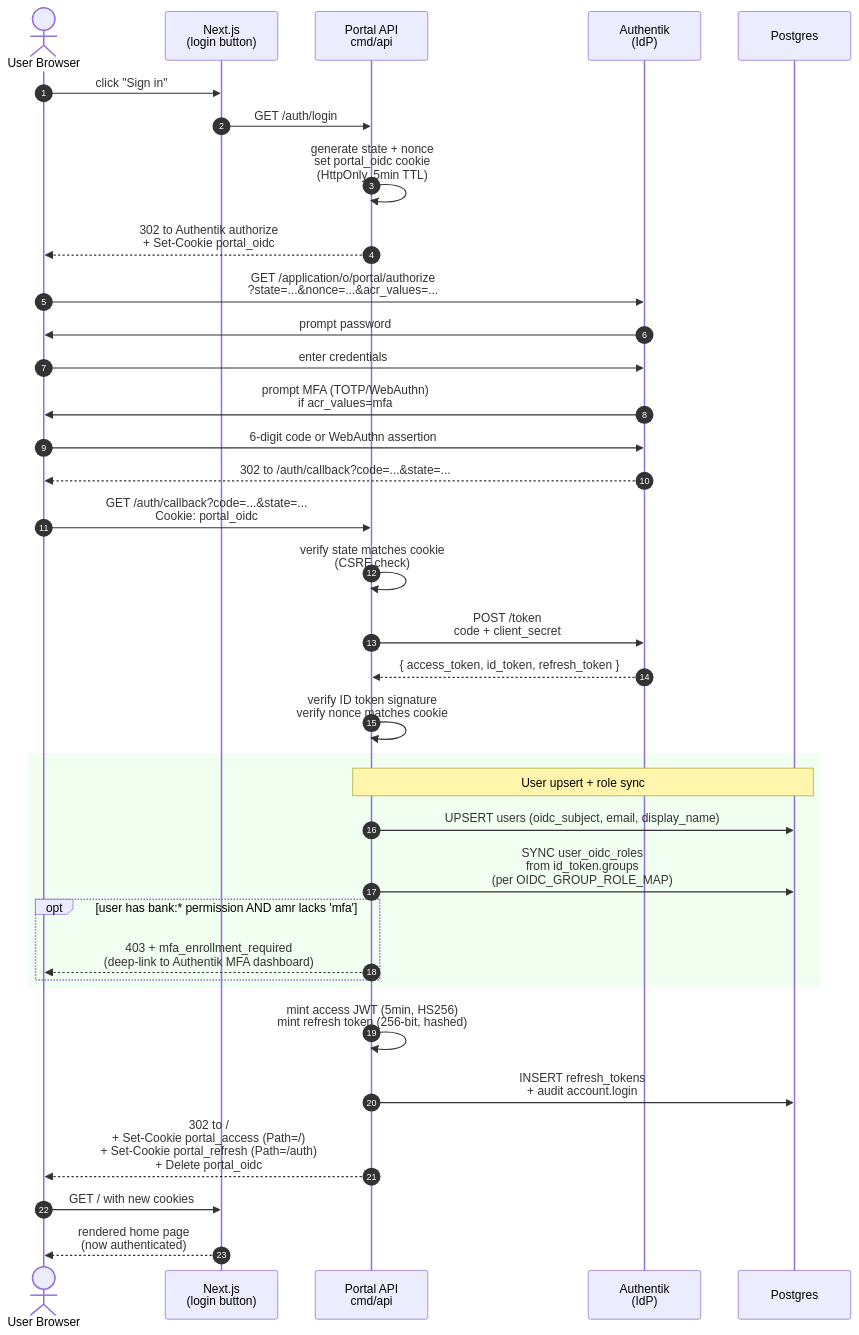
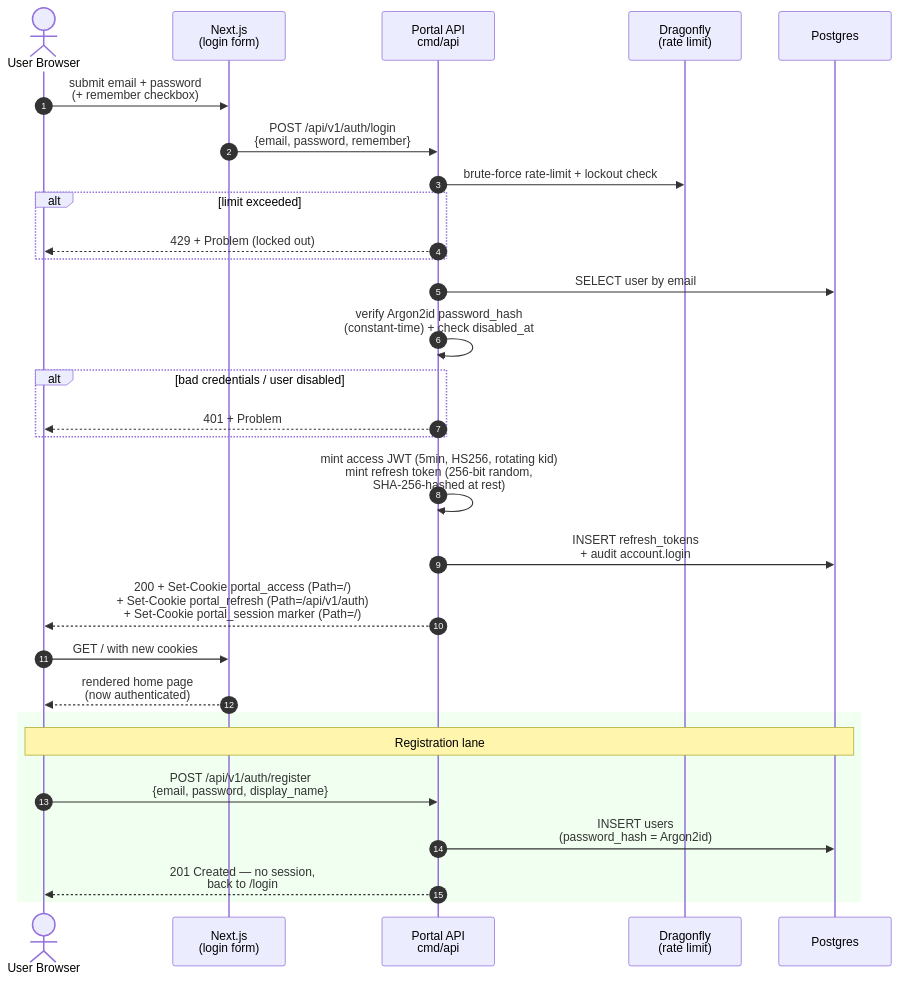
One commit to jackone2991/portal changed the fifth of 7 diagrams in doc/en/diagrams.md. Above: the diagram before and after it, drawn with Mermaid. The commit also changed other lines of this file and 50 other files, not shown here.

````diff
--- a/doc/en/diagrams.md
+++ b/doc/en/diagrams.md
@@ -366,43 +373,37 @@
 ```mermaid
 sequenceDiagram
     autonumber
     actor U as User Browser
-    participant N as Next.js<br/>(login button)
+    participant N as Next.js<br/>(login form)
     participant A as Portal API<br/>cmd/api
-    participant Ak as Authentik<br/>(IdP)
+    participant Rd as Dragonfly<br/>(rate limit)
     participant PG as Postgres
 
-    U->>N: click "Sign in"
-    N->>A: GET /auth/login
-    A->>A: generate state + nonce<br/>set portal_oidc cookie<br/>(HttpOnly, 5min TTL)
-    A-->>U: 302 to Authentik authorize<br/>+ Set-Cookie portal_oidc
+    U->>N: submit email + password<br/>(+ remember checkbox)
+    N->>A: POST /api/v1/auth/login<br/>{email, password, remember}
 
-    U->>Ak: GET /application/o/portal/authorize<br/>?state=...&nonce=...&acr_values=...
-    Ak->>U: prompt password
-    U->>Ak: enter credentials
-    Ak->>U: prompt MFA (TOTP/WebAuthn)<br/>if acr_values=mfa
-    U->>Ak: 6-digit code or WebAuthn assertion
-    Ak-->>U: 302 to /auth/callback?code=...&state=...
-
-    U->>A: GET /auth/callback?code=...&state=...<br/>Cookie: portal_oidc
-    A->>A: verify state matches cookie<br/>(CSRF check)
-    A->>Ak: POST /token<br/>code + client_secret
-    Ak-->>A: { access_token, id_token, refresh_token }
-    A->>A: verify ID token signature<br/>verify nonce matches cookie
-
-    rect rgb(240, 255, 240)
-        Note over A,PG: User upsert + role sync
-        A->>PG: UPSERT users (oidc_subject, email, display_name)
-        A->>PG: SYNC user_oidc_roles<br/>from id_token.groups<br/>(per OIDC_GROUP_ROLE_MAP)
-        opt user has bank:* permission AND amr lacks 'mfa'
-            A-->>U: 403 + mfa_enrollment_required<br/>(deep-link to Authentik MFA dashboard)
-        end
+    A->>Rd: brute-force rate-limit + lockout check
+    alt limit exceeded
+        A-->>U: 429 + Problem (locked out)
     end
 
-    A->>A: mint access JWT (5min, HS256)<br/>mint refresh token (256-bit, hashed)
+    A->>PG: SELECT user by email
+    A->>A: verify Argon2id password_hash<br/>(constant-time) + check disabled_at
+    alt bad credentials / user disabled
+        A-->>U: 401 + Problem
+    end
+
+    A->>A: mint access JWT (5min, HS256, rotating kid)<br/>mint refresh token (256-bit random,<br/>SHA-256-hashed at rest)
     A->>PG: INSERT refresh_tokens<br/>+ audit account.login
-    A-->>U: 302 to /<br/>+ Set-Cookie portal_access (Path=/)<br/>+ Set-Cookie portal_refresh (Path=/auth)<br/>+ Delete portal_oidc
+    A-->>U: 200 + Set-Cookie portal_access (Path=/)<br/>+ Set-Cookie portal_refresh (Path=/api/v1/auth)<br/>+ Set-Cookie portal_session marker (Path=/)
 
     U->>N: GET / with new cookies
     N-->>U: rendered home page<br/>(now authenticated)
+
+    rect rgb(240, 255, 240)
+        Note over U,PG: Registration lane
+        U->>A: POST /api/v1/auth/register<br/>{email, password, display_name}
+        A->>PG: INSERT users<br/>(password_hash = Argon2id)
+        A-->>U: 201 Created — no session,<br/>back to /login
+    end
 ```
````
